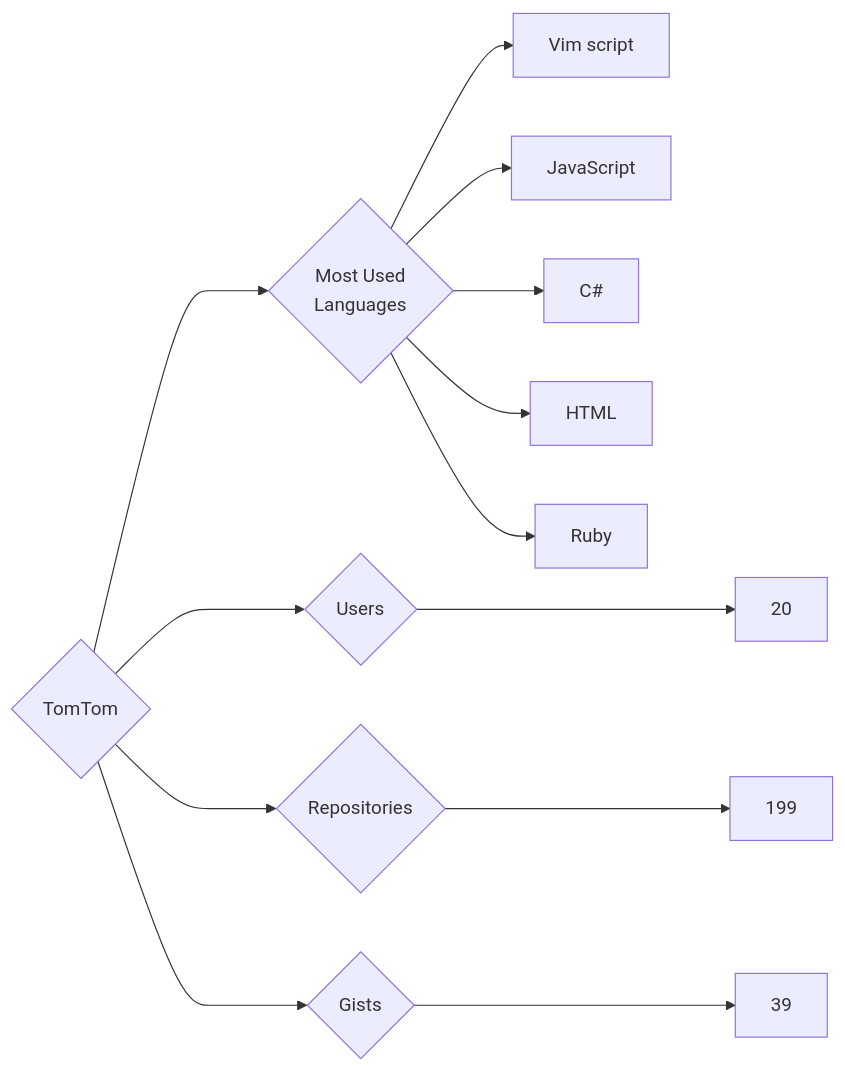
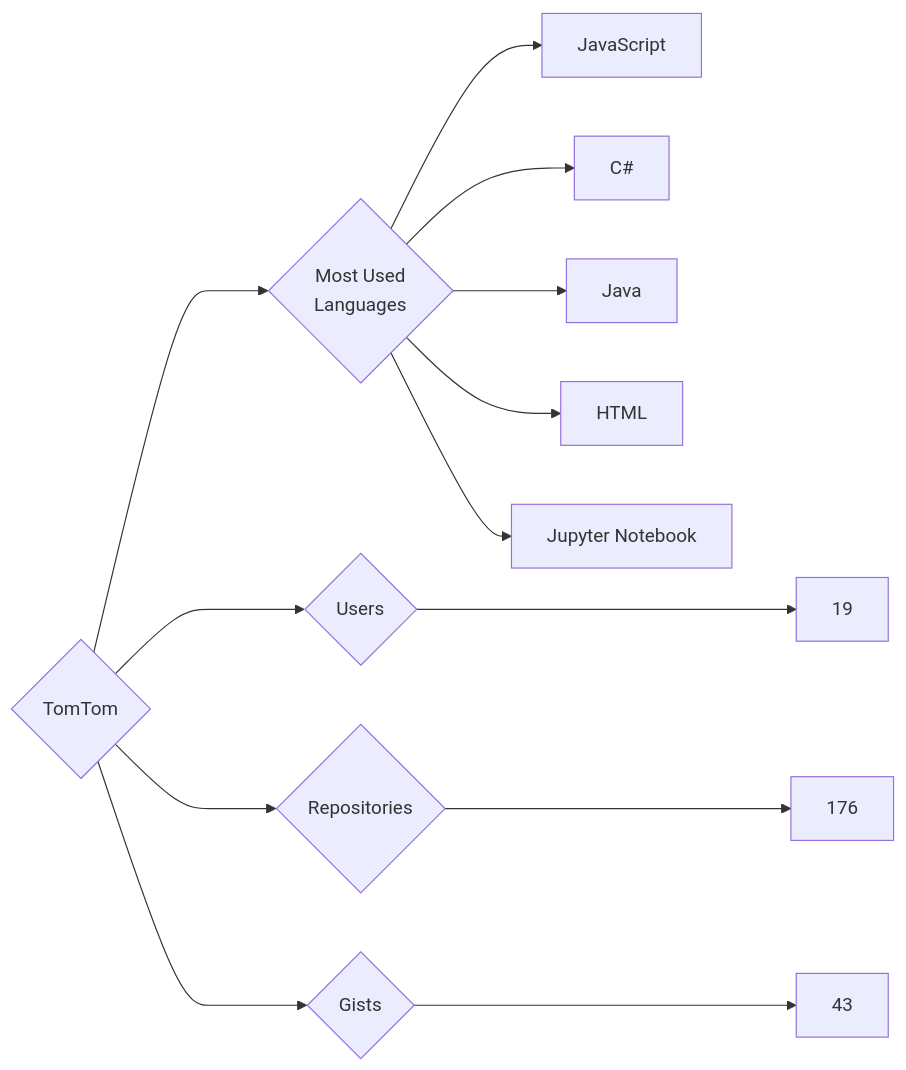
The diagram in targets/TomTom/README.md (trickest/insiders), drawn with Mermaid before and after one commit. The commit also changed 912 other files, not shown here.

````diff
--- a/targets/TomTom/README.md
+++ b/targets/TomTom/README.md
@@ -3,13 +3,13 @@
 ```mermaid
 graph LR
 COMPANY_NAME{TomTom}
-COMPANY_NAME ---> U{Users} ---> UN[20]
-COMPANY_NAME ---> R{Repositories} ---> RN[199]
-COMPANY_NAME ---> G{Gists} ---> GN[39]
+COMPANY_NAME ---> U{Users} ---> UN[19]
+COMPANY_NAME ---> R{Repositories} ---> RN[176]
+COMPANY_NAME ---> G{Gists} ---> GN[43]
 COMPANY_NAME ---> ML{Most Used<br>Languages}
-ML --> Vim_script[Vim script]
 ML --> JavaScript[JavaScript]
 ML --> C#[C#]
+ML --> Java[Java]
 ML --> HTML[HTML]
-ML --> Ruby[Ruby]
+ML --> Jupyter_Notebook[Jupyter Notebook]
 ```
````
